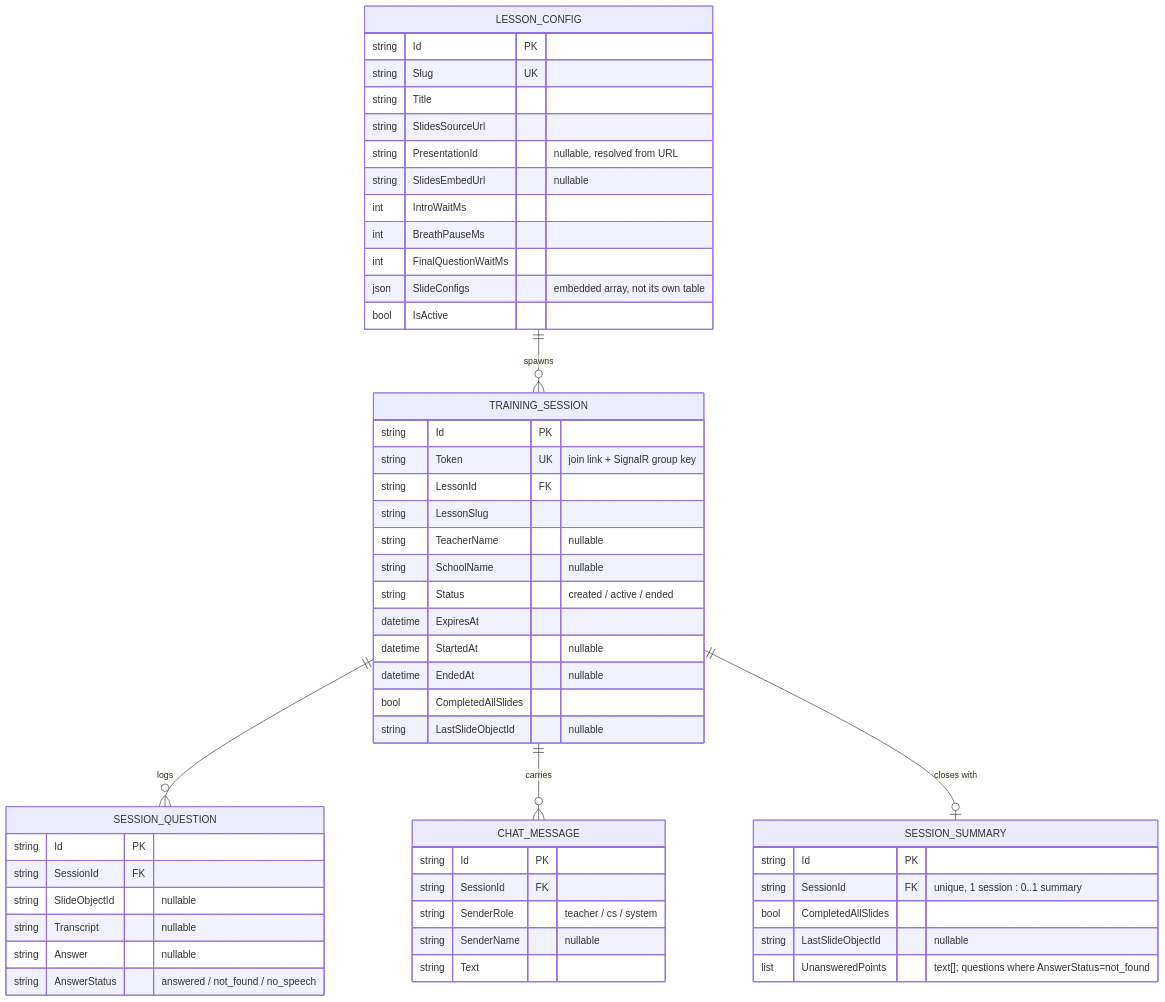
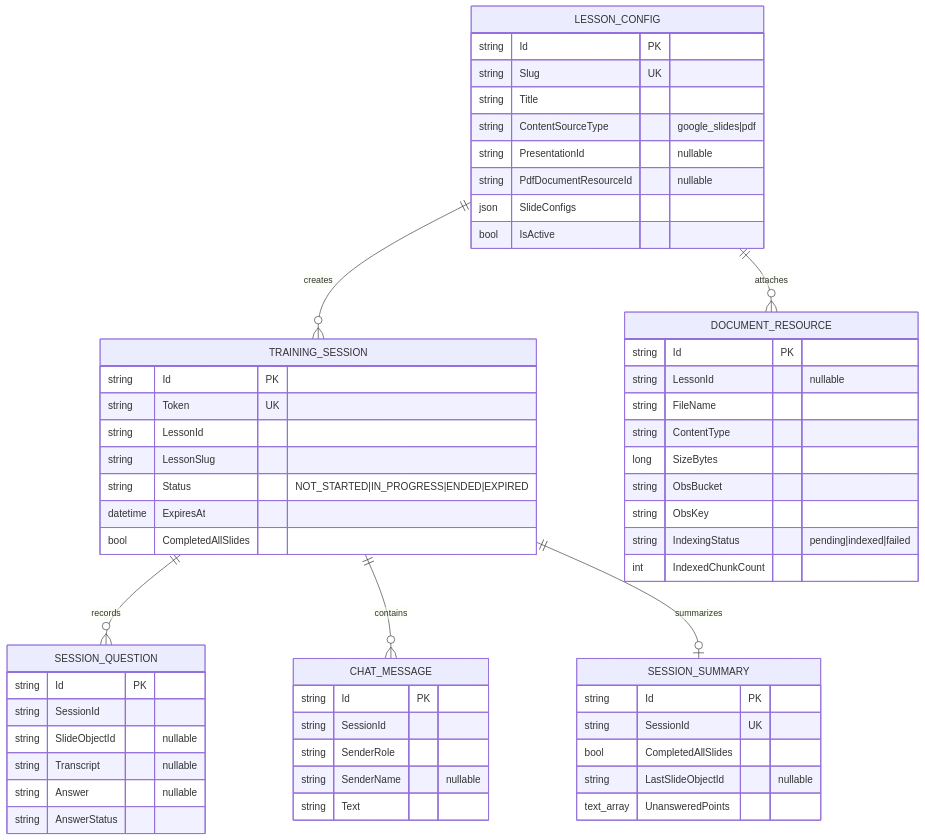
Before and after one commit to Sathaporn24/sb_supportroom: the first of 3 diagrams in backend/docs/ER_DIAGRAM_AND_WORKFLOW.md, drawn with Mermaid. The commit also changed other lines of this file and 27 other files, not shown here.

````diff
--- a/backend/docs/ER_DIAGRAM_AND_WORKFLOW.md
+++ b/backend/docs/ER_DIAGRAM_AND_WORKFLOW.md
@@ -13,61 +8,66 @@
 ```mermaid
 erDiagram
-    LESSON_CONFIG ||--o{ TRAINING_SESSION : "spawns"
-    TRAINING_SESSION ||--o{ SESSION_QUESTION : "logs"
-    TRAINING_SESSION ||--o{ CHAT_MESSAGE : "carries"
-    TRAINING_SESSION ||--o| SESSION_SUMMARY : "closes with"
+    LESSON_CONFIG ||--o{ TRAINING_SESSION : creates
+    LESSON_CONFIG ||--o{ DOCUMENT_RESOURCE : attaches
+    TRAINING_SESSION ||--o{ SESSION_QUESTION : records
+    TRAINING_SESSION ||--o{ CHAT_MESSAGE : contains
+    TRAINING_SESSION ||--o| SESSION_SUMMARY : summarizes
 
     LESSON_CONFIG {
         string Id PK
         string Slug UK
         string Title
-        string SlidesSourceUrl
-        string PresentationId "nullable, resolved from URL"
-        string SlidesEmbedUrl "nullable"
-        int IntroWaitMs
-        int BreathPauseMs
-        int FinalQuestionWaitMs
-        json SlideConfigs "embedded array, not its own table"
+        string ContentSourceType "google_slides|pdf"
+        string PresentationId "nullable"
+        string PdfDocumentResourceId "nullable"
+        json SlideConfigs
         bool IsActive
     }
 
     TRAINING_SESSION {
         string Id PK
-        string Token UK "join link + SignalR group key"
-        string LessonId FK
+        string Token UK
+        string LessonId
         string LessonSlug
-        string TeacherName "nullable"
-        string SchoolName "nullable"
-        string Status "created / active / ended"
+        string Status "NOT_STARTED|IN_PROGRESS|ENDED|EXPIRED"
         datetime ExpiresAt
-        datetime StartedAt "nullable"
-        datetime EndedAt "nullable"
         bool CompletedAllSlides
-        string LastSlideObjectId "nullable"
     }
 
     SESSION_QUESTION {
         string Id PK
-        string SessionId FK
+        string SessionId
         string SlideObjectId "nullable"
         string Transcript "nullable"
         string Answer "nullable"
-        string AnswerStatus "answered / not_found / no_speech"
+        string AnswerStatus
     }
 
     CHAT_MESSAGE {
         string Id PK
-        string SessionId FK
-        string SenderRole "teacher / cs / system"
+        string SessionId
+        string SenderRole
         string SenderName "nullable"
         string Text
     }
 
     SESSION_SUMMARY {
         string Id PK
-        string SessionId FK "unique, 1 session : 0..1 summary"
+        string SessionId UK
         bool CompletedAllSlides
         string LastSlideObjectId "nullable"
-        list UnansweredPoints "text[]; questions where AnswerStatus=not_found"
+        text_array UnansweredPoints
+    }
+
+    DOCUMENT_RESOURCE {
+        string Id PK
+        string LessonId "nullable"
+        string FileName
+        string ContentType
+        long SizeBytes
+        string ObsBucket
+        string ObsKey
+        string IndexingStatus "pending|indexed|failed"
+        int IndexedChunkCount
     }
 ```
````
